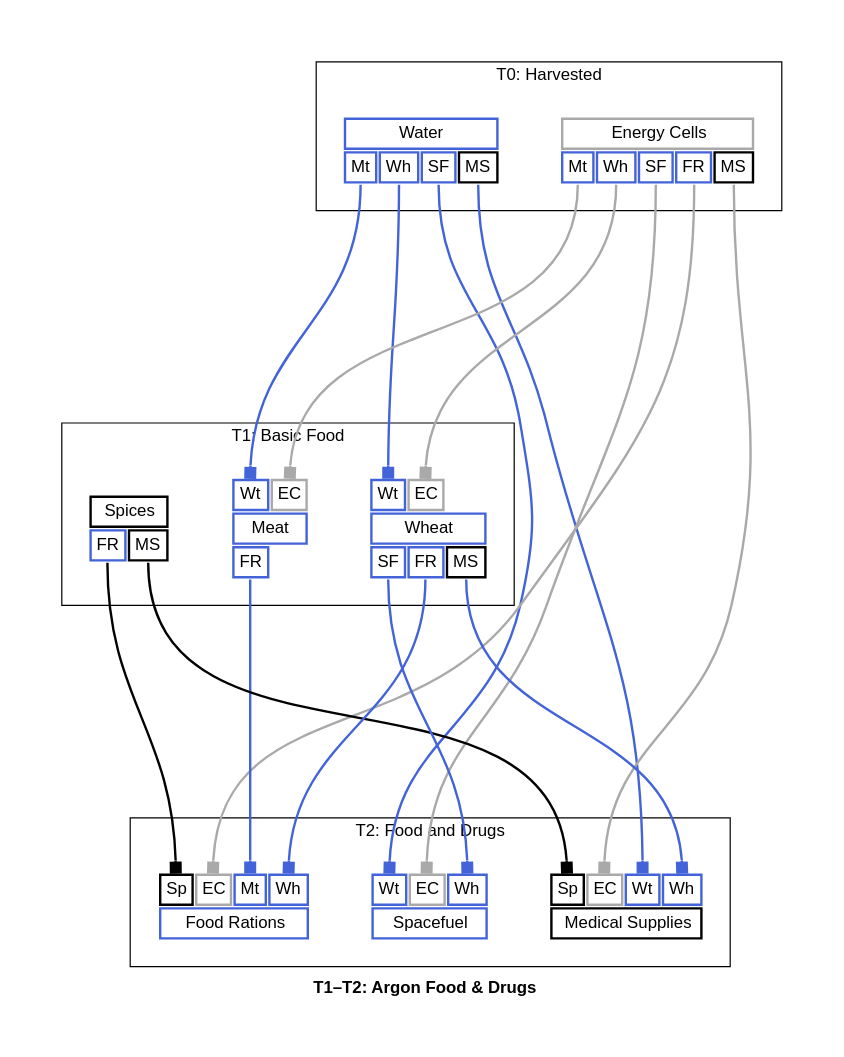
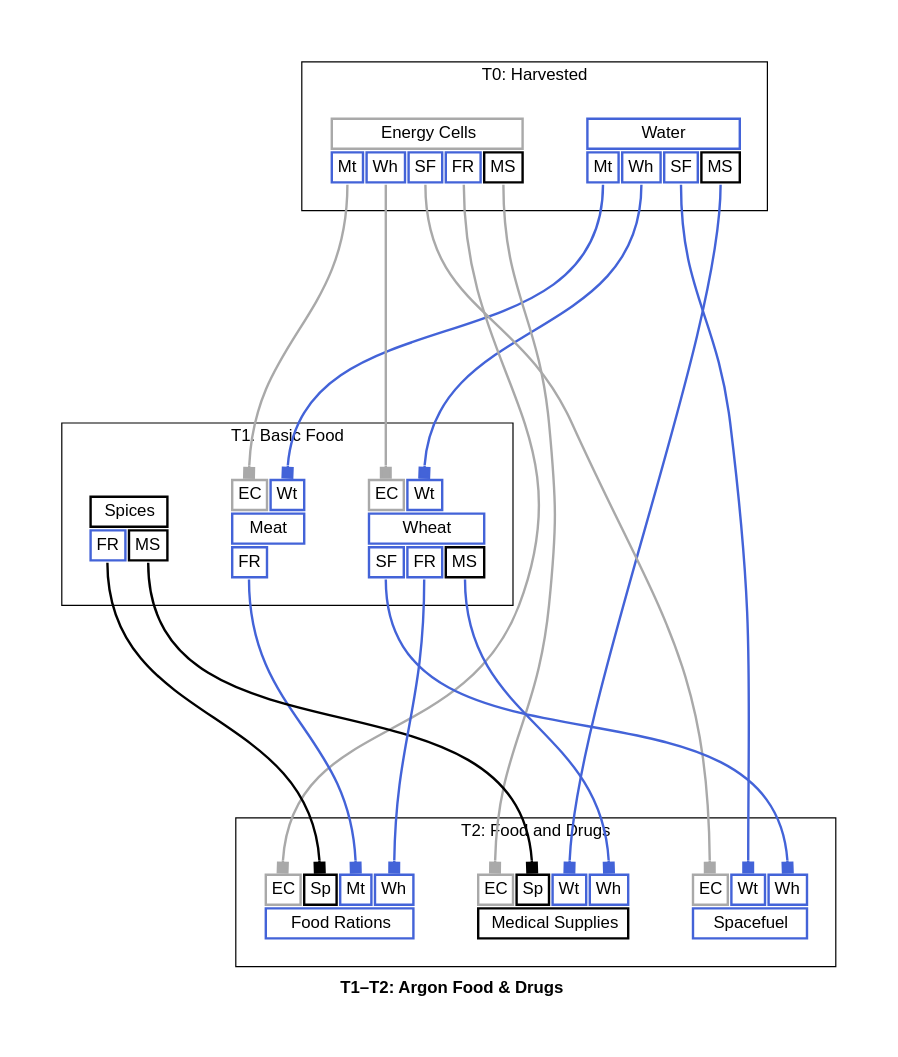
The diagram in docs/t1_t2_argon_food_drugs_graph_full.dot (borntyping/x4-diagrams), drawn with Graphviz before and after one commit. The commit also changed other lines of this file and 80 other files, not shown here.

```diff
--- a/docs/t1_t2_argon_food_drugs_graph_full.dot
+++ b/docs/t1_t2_argon_food_drugs_graph_full.dot
@@ -1,188 +1,188 @@
 digraph "X4 Economy" {
 	edge [arrowType=normal]
 	compound=true fontname="Helvetica,Arial,sans-serif"
 	label=<<b>T1–T2: Argon Food &amp; Drugs</b>>
 	graph [nodesep=0.3 pad=0.5 ranksep=3]
 	node [color=slategray1 fontname="Helvetica,Arial,sans-serif" margin=0.2 penwidth=2.0 shape=plaintext]
 	edge [arrowhead=normal arrowsize=1.0 fontname="Helvetica,Arial,sans-serif" headport=n penwidth=2.0 tailport=s]
 	subgraph 0 {
 		cluster=true label="T0: Harvested"
 		water [label=<<table border="0" cellborder="2" cellpadding="4" cellspacing="1" fixedsize="false" id="water" port="output">
   
   <tr>
     <td align="text" bgcolor="white" color="#4363d8" colspan="4">Water</td>
   </tr>
   
     <tr>
       
         <td align="text" bgcolor="white" color="#4363d8" port="meat">Mt</td>
       
         <td align="text" bgcolor="white" color="#4363d8" port="wheat">Wh</td>
       
         <td align="text" bgcolor="white" color="#4363d8" port="spacefuel">SF</td>
       
         <td align="text" bgcolor="white" color="#000000" port="medical_supplies">MS</td>
       
     </tr>
   
 </table>>]
 		energy_cells [label=<<table border="0" cellborder="2" cellpadding="4" cellspacing="1" fixedsize="false" id="energy_cells" port="output">
   
   <tr>
     <td align="text" bgcolor="white" color="#a9a9a9" colspan="5">Energy Cells</td>
   </tr>
   
     <tr>
       
         <td align="text" bgcolor="white" color="#4363d8" port="meat">Mt</td>
       
         <td align="text" bgcolor="white" color="#4363d8" port="wheat">Wh</td>
       
         <td align="text" bgcolor="white" color="#4363d8" port="spacefuel">SF</td>
       
         <td align="text" bgcolor="white" color="#4363d8" port="food_rations">FR</td>
       
         <td align="text" bgcolor="white" color="#000000" port="medical_supplies">MS</td>
       
     </tr>
   
 </table>>]
 	}
 	subgraph 1 {
 		cluster=true label="T1: Basic Food"
 		meat [label=<<table border="0" cellborder="2" cellpadding="4" cellspacing="1" fixedsize="false" id="meat" port="output">
   
     <tr>
       
+        <td align="text" bgcolor="white" color="#a9a9a9" port="energy_cells">EC</td>
+      
         <td align="text" bgcolor="white" color="#4363d8" port="water">Wt</td>
-      
-        <td align="text" bgcolor="white" color="#a9a9a9" port="energy_cells">EC</td>
       
     </tr>
   
   <tr>
     <td align="text" bgcolor="white" color="#4363d8" colspan="2">Meat</td>
   </tr>
   
     <tr>
       
         <td align="text" bgcolor="white" color="#4363d8" port="food_rations">FR</td>
       
     </tr>
   
 </table>>]
 		spices [label=<<table border="0" cellborder="2" cellpadding="4" cellspacing="1" fixedsize="false" id="spices" port="output">
   
   <tr>
     <td align="text" bgcolor="white" color="#000000" colspan="2">Spices</td>
   </tr>
   
     <tr>
       
         <td align="text" bgcolor="white" color="#4363d8" port="food_rations">FR</td>
       
         <td align="text" bgcolor="white" color="#000000" port="medical_supplies">MS</td>
       
     </tr>
   
 </table>>]
 		wheat [label=<<table border="0" cellborder="2" cellpadding="4" cellspacing="1" fixedsize="false" id="wheat" port="output">
   
     <tr>
       
+        <td align="text" bgcolor="white" color="#a9a9a9" port="energy_cells">EC</td>
+      
         <td align="text" bgcolor="white" color="#4363d8" port="water">Wt</td>
-      
-        <td align="text" bgcolor="white" color="#a9a9a9" port="energy_cells">EC</td>
       
     </tr>
   
   <tr>
     <td align="text" bgcolor="white" color="#4363d8" colspan="3">Wheat</td>
   </tr>
   
     <tr>
       
         <td align="text" bgcolor="white" color="#4363d8" port="spacefuel">SF</td>
       
         <td align="text" bgcolor="white" color="#4363d8" port="food_rations">FR</td>
       
         <td align="text" bgcolor="white" color="#000000" port="medical_supplies">MS</td>
       
     </tr>
   
 </table>>]
 	}
 	subgraph 2 {
 		cluster=true label="T2: Food and Drugs"
 		spacefuel [label=<<table border="0" cellborder="2" cellpadding="4" cellspacing="1" fixedsize="false" id="spacefuel" port="output">
   
     <tr>
       
+        <td align="text" bgcolor="white" color="#a9a9a9" port="energy_cells">EC</td>
+      
         <td align="text" bgcolor="white" color="#4363d8" port="water">Wt</td>
-      
-        <td align="text" bgcolor="white" color="#a9a9a9" port="energy_cells">EC</td>
       
         <td align="text" bgcolor="white" color="#4363d8" port="wheat">Wh</td>
       
     </tr>
   
   <tr>
     <td align="text" bgcolor="white" color="#4363d8" colspan="3">Spacefuel</td>
   </tr>
   
 </table>>]
 		food_rations [label=<<table border="0" cellborder="2" cellpadding="4" cellspacing="1" fixedsize="false" id="food_rations" port="output">
   
     <tr>
       
+        <td align="text" bgcolor="white" color="#a9a9a9" port="energy_cells">EC</td>
+      
         <td align="text" bgcolor="white" color="#000000" port="spices">Sp</td>
-      
-        <td align="text" bgcolor="white" color="#a9a9a9" port="energy_cells">EC</td>
       
         <td align="text" bgcolor="white" color="#4363d8" port="meat">Mt</td>
       
         <td align="text" bgcolor="white" color="#4363d8" port="wheat">Wh</td>
       
     </tr>
   
   <tr>
     <td align="text" bgcolor="white" color="#4363d8" colspan="4">Food Rations</td>
   </tr>
   
 </table>>]
 		medical_supplies [label=<<table border="0" cellborder="2" cellpadding="4" cellspacing="1" fixedsize="false" id="medical_supplies" port="output">
   
     <tr>
       
+        <td align="text" bgcolor="white" color="#a9a9a9" port="energy_cells">EC</td>
+      
         <td align="text" bgcolor="white" color="#000000" port="spices">Sp</td>
-      
-        <td align="text" bgcolor="white" color="#a9a9a9" port="energy_cells">EC</td>
       
         <td align="text" bgcolor="white" color="#4363d8" port="water">Wt</td>
       
         <td align="text" bgcolor="white" color="#4363d8" port="wheat">Wh</td>
       
     </tr>
   
   <tr>
     <td align="text" bgcolor="white" color="#000000" colspan="4">Medical Supplies</td>
   </tr>
   
 </table>>]
 	}
 	energy_cells:meat:s -> meat:energy_cells:n [arrowhead=box color="#a9a9a9" weight=1.0]
 	water:meat:s -> meat:water:n [arrowhead=box color="#4363d8" weight=1.0]
 	energy_cells:wheat:s -> wheat:energy_cells:n [arrowhead=box color="#a9a9a9" weight=1.0]
 	water:wheat:s -> wheat:water:n [arrowhead=box color="#4363d8" weight=1.0]
 	energy_cells:spacefuel:s -> spacefuel:energy_cells:n [arrowhead=box color="#a9a9a9" weight=1.0]
 	water:spacefuel:s -> spacefuel:water:n [arrowhead=box color="#4363d8" weight=1.0]
 	wheat:spacefuel:s -> spacefuel:wheat:n [arrowhead=box color="#4363d8" weight=1.0]
 	energy_cells:food_rations:s -> food_rations:energy_cells:n [arrowhead=box color="#a9a9a9" weight=1.0]
 	meat:food_rations:s -> food_rations:meat:n [arrowhead=box color="#4363d8" weight=1.0]
 	spices:food_rations:s -> food_rations:spices:n [arrowhead=box color="#000000" weight=1.0]
 	wheat:food_rations:s -> food_rations:wheat:n [arrowhead=box color="#4363d8" weight=1.0]
 	energy_cells:medical_supplies:s -> medical_supplies:energy_cells:n [arrowhead=box color="#a9a9a9" weight=1.0]
 	spices:medical_supplies:s -> medical_supplies:spices:n [arrowhead=box color="#000000" weight=1.0]
 	water:medical_supplies:s -> medical_supplies:water:n [arrowhead=box color="#4363d8" weight=1.0]
 	wheat:medical_supplies:s -> medical_supplies:wheat:n [arrowhead=box color="#4363d8" weight=1.0]
 }
```
